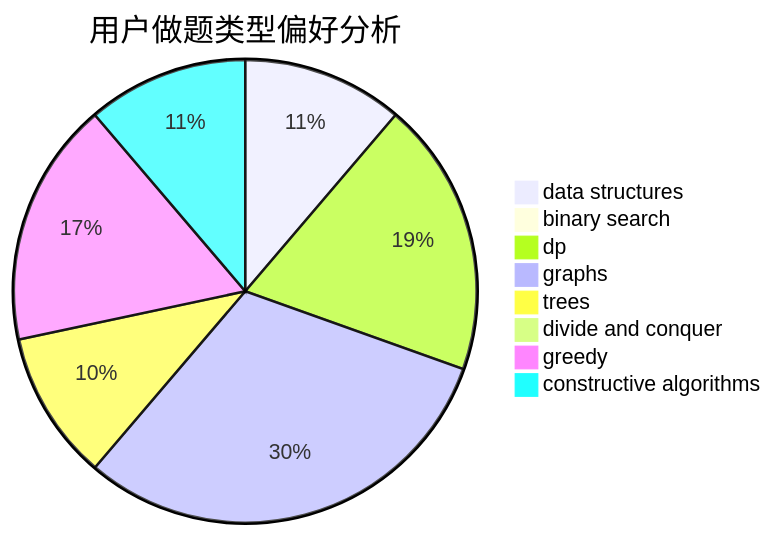
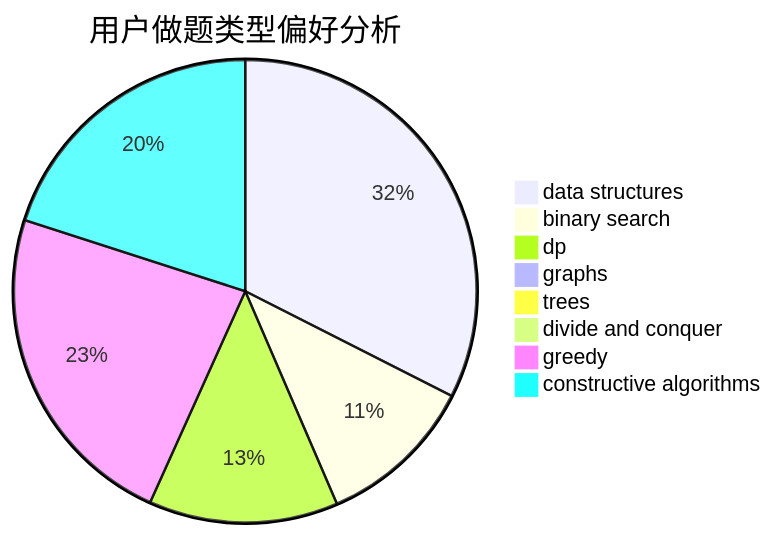
The second of 3 diagrams in docs/user/u249.md (sherpahu/cfrs.github.io), drawn with Mermaid before and after one commit. The commit also changed other lines of this file and 2770 other files, not shown here.

````diff
--- a/docs/user/u249.md
+++ b/docs/user/u249.md
@@ -23,11 +23,11 @@
 ```mermaid
 pie title 用户做题类型偏好分析
-    "data structures" :  69
-    "binary search" :  6
-    "dp" :  118
-    "graphs" :  189
-    "trees" :  64
+    "data structures" :  376
+    "binary search" :  128
+    "dp" :  153
+    "graphs" :  7
+    "trees" :  1
     "divide and conquer" :  0
-    "greedy" :  105
-    "constructive algorithms" :  69
+    "greedy" :  269
+    "constructive algorithms" :  232
 ```
````
